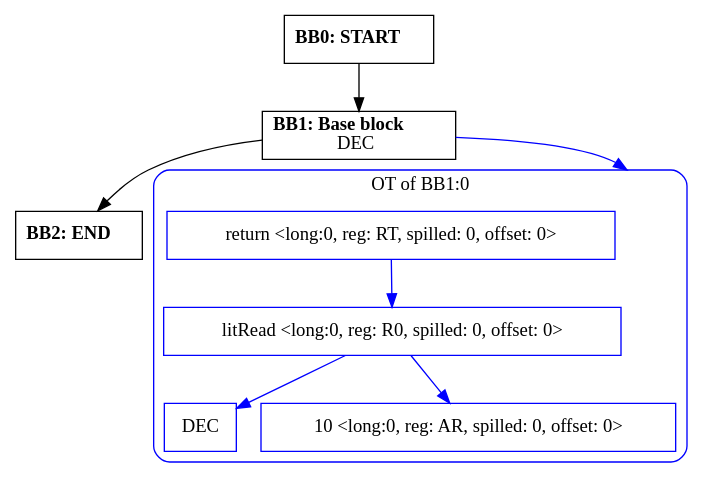
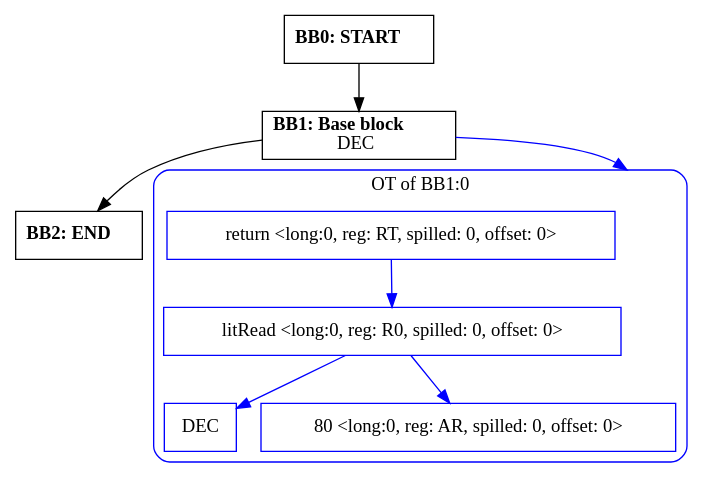
Before and after one commit to zavar152-cv/myLang-oop-compiler: the diagram in outputs/cfg/oop/io.IO.uintBufferSize.dot, drawn with Graphviz. The commit also changed 10 other files, not shown here.

```diff
--- a/outputs/cfg/oop/io.IO.uintBufferSize.dot
+++ b/outputs/cfg/oop/io.IO.uintBufferSize.dot
@@ -1,26 +1,26 @@
 digraph CFG {
     compound=true;
     graph [splines=true];
     node [shape=rectangle];
 
     BB2 [label=<<B>BB2: END</B><BR ALIGN="CENTER"/>>];
     BB1 [label=<<B>BB1: Base block</B><BR ALIGN="CENTER"/>DEC<BR ALIGN="CENTER"/>>];
     subgraph cluster_instruction0 {
         label = "OT of BB1:0";
         style=rounded;
         color=blue;
         entry0 [shape=point, style=invis];
         node0 [label="return <long:0, reg: RT, spilled: 0, offset: 0>", color=blue];
         node1 [label="litRead <long:0, reg: R0, spilled: 0, offset: 0>", color=blue];
         node2 [label="DEC", color=blue];
         node1 -> node2[color=blue];
-        node3 [label="10 <long:0, reg: AR, spilled: 0, offset: 0>", color=blue];
+        node3 [label="80 <long:0, reg: AR, spilled: 0, offset: 0>", color=blue];
         node1 -> node3[color=blue];
         node0 -> node1[color=blue];
     }
     BB1 -> entry0 [lhead=cluster_instruction0, color=blue];
     BB0 [label=<<B>BB0: START</B><BR ALIGN="CENTER"/>>];
 
     BB1 -> BB2;
     BB0 -> BB1;
 }
```
